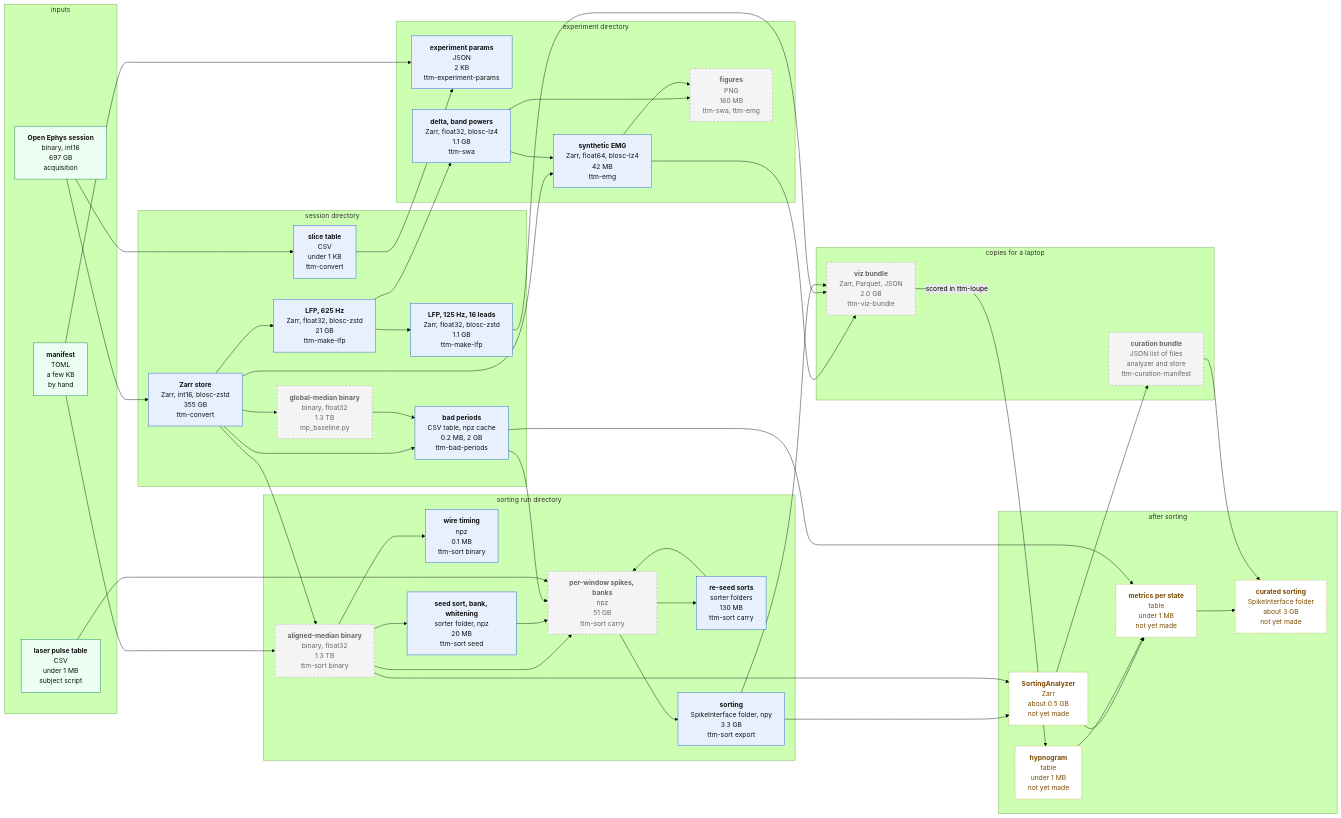
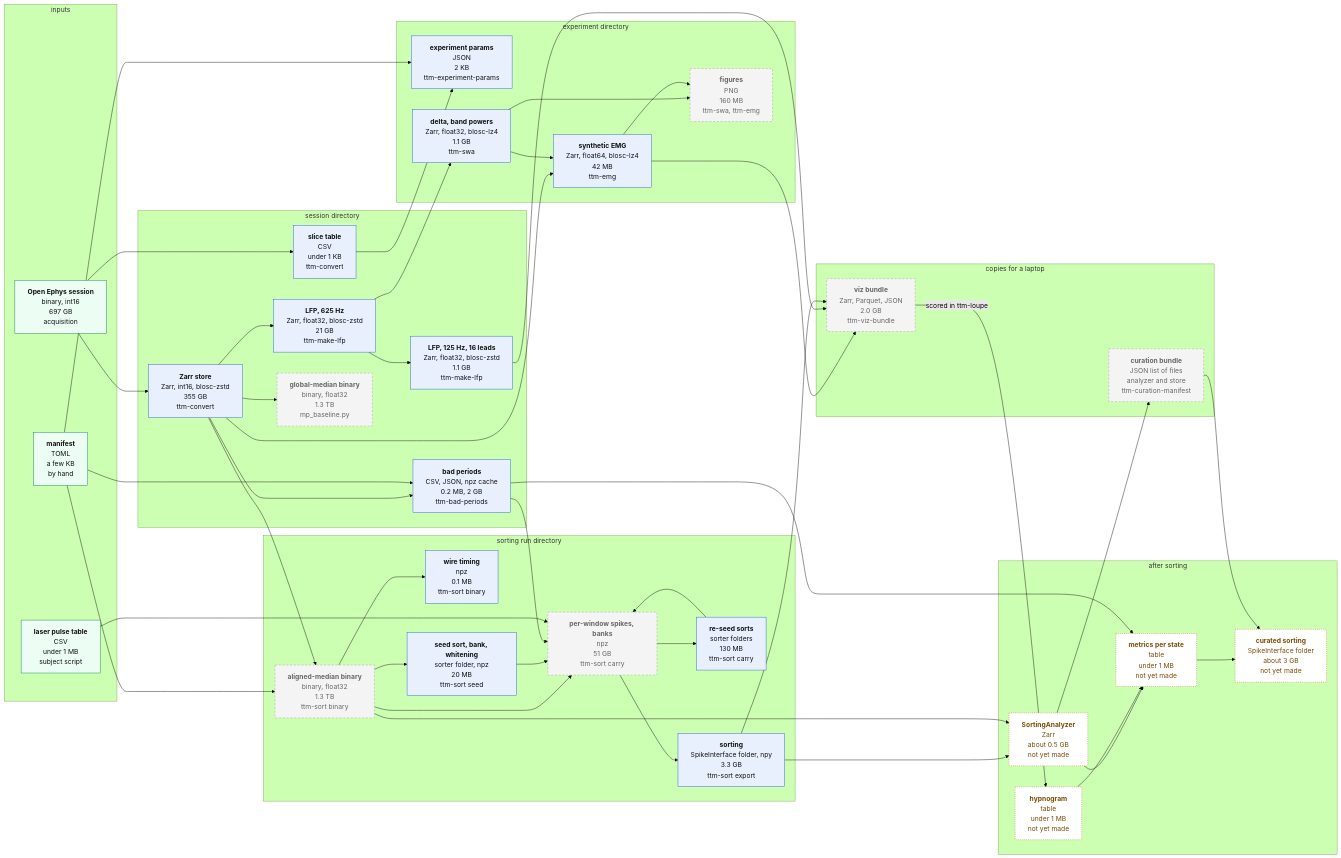
Before and after one commit to CSC-UW/ttm-ws: the diagram in docs/data_products.md, drawn with Mermaid (forest theme). The commit also changed other lines of this file and 2 other files, not shown here.

Commit message:
docs: bad periods detected on the aligned reference
Step 1 of the sorting pipeline reads the aligned reference; its note
gives the measured change from the plain median on TTM-003-48H and
the effect of leaving out CH22. The global-median binary is no longer
an input in the data products graph.

```diff
--- a/docs/data_products.md
+++ b/docs/data_products.md
@@ -42,7 +42,7 @@
         ST["<b>slice table</b><br/>CSV<br/>under 1 KB<br/>ttm-convert"]:::keep
         LFP["<b>LFP, 625 Hz</b><br/>Zarr, float32, blosc-zstd<br/>21 GB<br/>ttm-make-lfp"]:::keep
         LFP125["<b>LFP, 125 Hz, 16 leads</b><br/>Zarr, float32, blosc-zstd<br/>1.1 GB<br/>ttm-make-lfp"]:::keep
-        BP["<b>bad periods</b><br/>CSV table, npz cache<br/>0.2 MB, 2 GB<br/>ttm-bad-periods"]:::keep
+        BP["<b>bad periods</b><br/>CSV, JSON, npz cache<br/>0.2 MB, 2 GB<br/>ttm-bad-periods"]:::keep
         GBIN["<b>global-median binary</b><br/>binary, float32<br/>1.3 TB<br/>mp_baseline.py"]:::temp
     end
 
@@ -85,8 +85,8 @@
     SWA --> FIG
     EMG --> FIG
     STORE --> BP
+    MAN --> BP
     STORE --> GBIN
-    GBIN --> BP
     MAN --> BIN
     STORE --> BIN
     BIN --> WT
```
